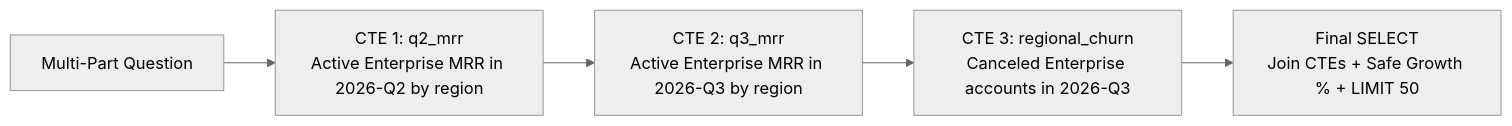
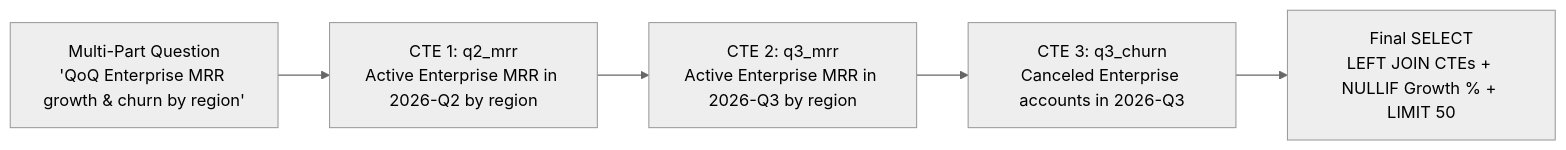
The first of 2 diagrams in Lecture 26 - Semantic Text-to-SQL and Analytical Python/notes/03_Query_Decomposition_and_SQL_Generation.md (Amie-dev/FDE-and-GenAI-Mastery), drawn with Mermaid (neutral theme) before and after one commit. The commit also changed other lines of this file and 92 other files, not shown here.

````diff
--- a/Lecture 26 - Semantic Text-to-SQL and Analytical Python/notes/03_Query_Decomposition_and_SQL_Generation.md
+++ b/Lecture 26 - Semantic Text-to-SQL and Analytical Python/notes/03_Query_Decomposition_and_SQL_Generation.md
@@ -29,7 +30,7 @@
 ```mermaid
 flowchart LR
-    Q["Multi-Part Question"] --> Step1["CTE 1: q2_mrr<br/>Active Enterprise MRR in 2026-Q2 by region"]
-    Step1 --> Step2["CTE 2: q3_mrr<br/>Active Enterprise MRR in 2026-Q3 by region"]
-    Step2 --> Step3["CTE 3: regional_churn<br/>Canceled Enterprise accounts in 2026-Q3"]
-    Step3 --> Final["Final SELECT<br/>Join CTEs + Safe Growth % + LIMIT 50"]
+    Q["Multi-Part Question<br/>'QoQ Enterprise MRR growth & churn by region'"] --> C1["CTE 1: q2_mrr<br/>Active Enterprise MRR in 2026-Q2 by region"]
+    C1 --> C2["CTE 2: q3_mrr<br/>Active Enterprise MRR in 2026-Q3 by region"]
+    C2 --> C3["CTE 3: q3_churn<br/>Canceled Enterprise accounts in 2026-Q3"]
+    C3 --> Final["Final SELECT<br/>LEFT JOIN CTEs + NULLIF Growth % + LIMIT 50"]
 ```
````
